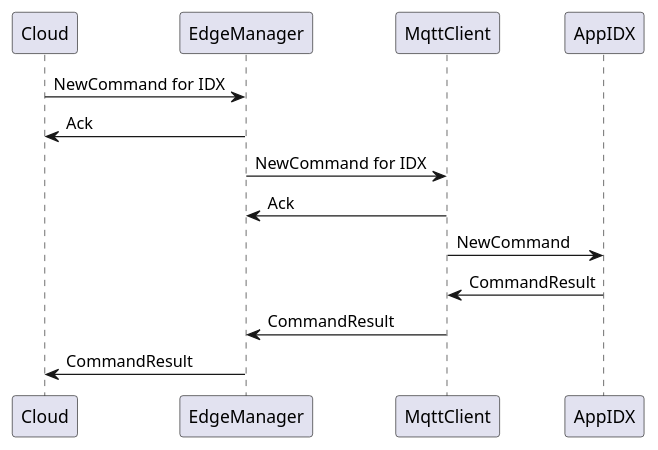
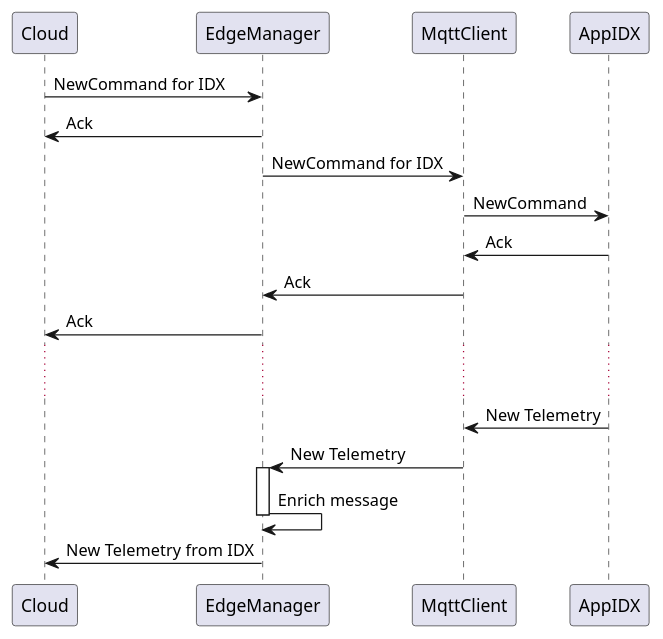
The diagram in EdgeManager/InternalCommandRouting.puml (se-edge/framework-diagrams), drawn with PlantUML before and after one commit.

Commit message:
update telemetry side

```diff
--- a/EdgeManager/InternalCommandRouting.puml
+++ b/EdgeManager/InternalCommandRouting.puml
@@ -1,11 +1,20 @@
 @startuml
 
 Cloud -> EdgeManager: NewCommand for IDX
 Cloud <- EdgeManager: Ack
 EdgeManager -> MqttClient: NewCommand for IDX
-EdgeManager <- MqttClient: Ack
 MqttClient -> AppIDX: NewCommand
-MqttClient <- AppIDX: CommandResult
-MqttClient -> EdgeManager: CommandResult
-EdgeManager -> Cloud: CommandResult
+MqttClient <- AppIDX: Ack
+MqttClient -> EdgeManager: Ack
+EdgeManager -> Cloud: Ack
+
+... ...
+
+MqttClient <- AppIDX: New Telemetry
+MqttClient -> EdgeManager: New Telemetry
+activate EdgeManager
+EdgeManager -> EdgeManager: Enrich message
+deactivate EdgeManager
+EdgeManager -> Cloud: New Telemetry from IDX
+
 @enduml
```
